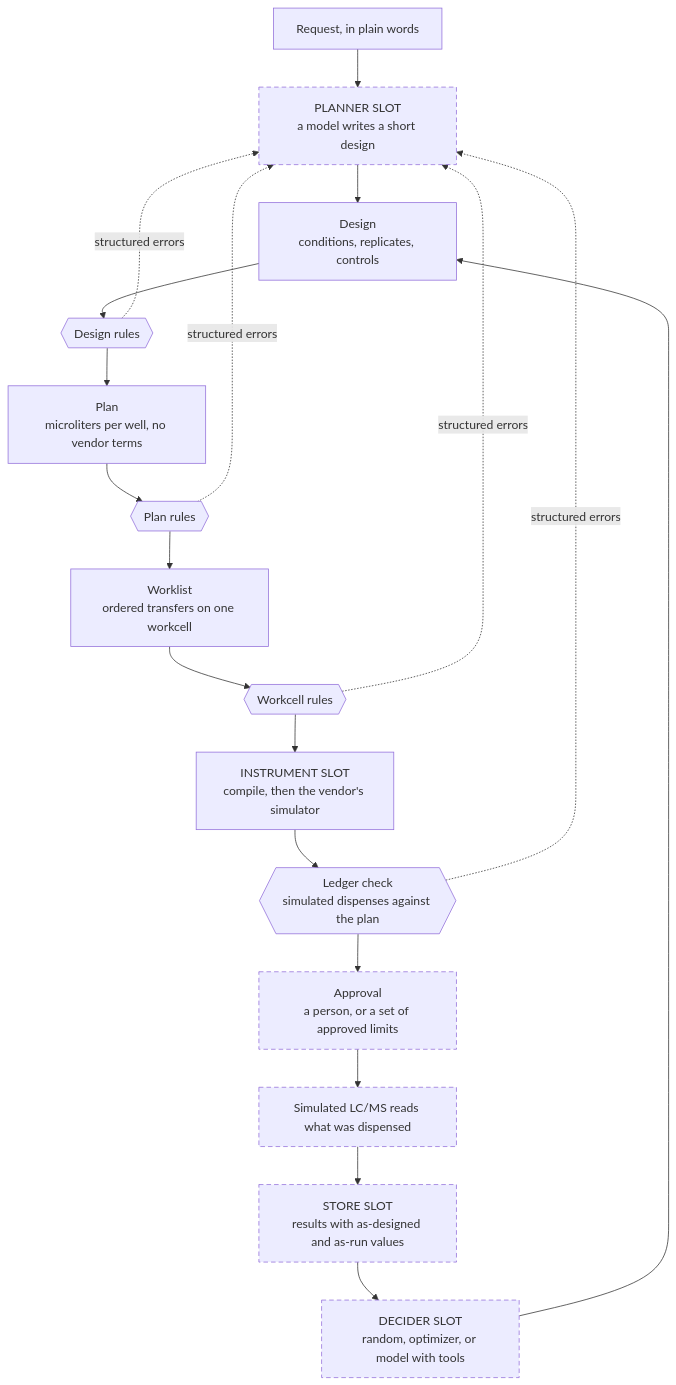
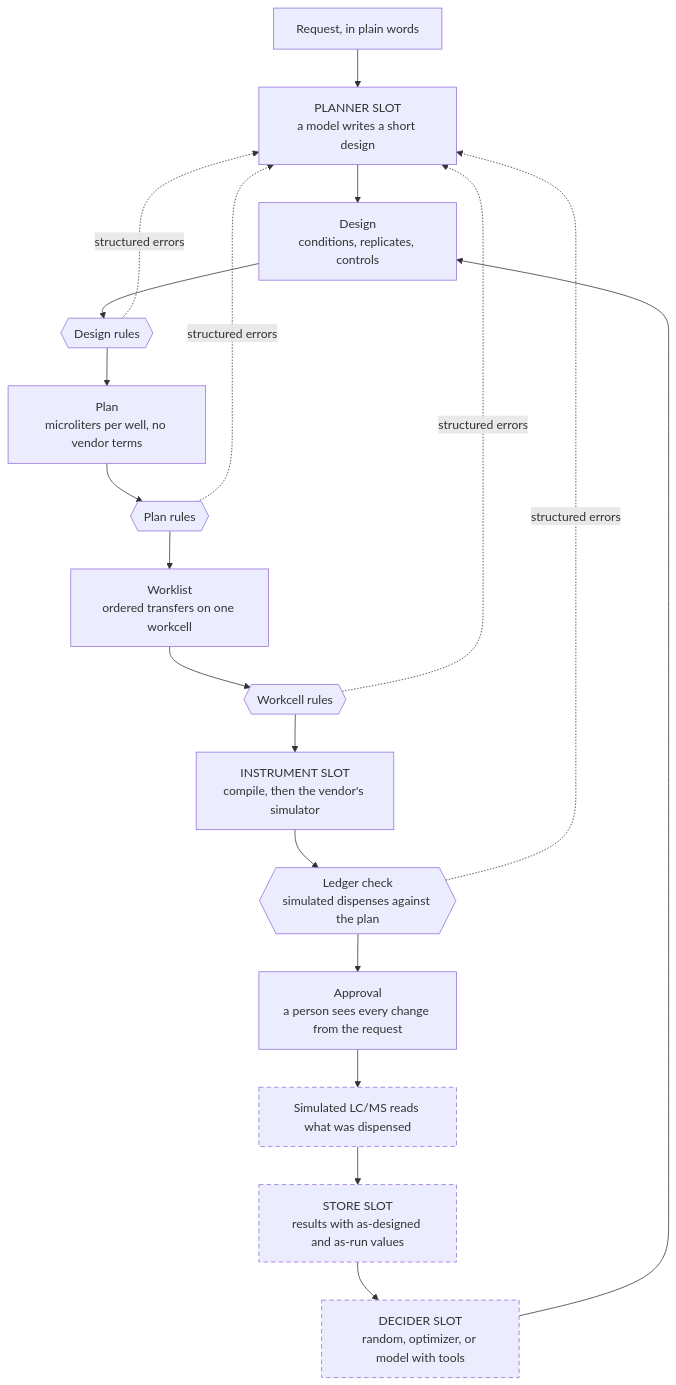
Before and after one commit to Jeff-LaFrence/lab_automation: the diagram in README.md, drawn with Mermaid. The commit also changed other lines of this file and 13 other files, not shown here.

````diff
--- a/README.md
+++ b/README.md
@@ -15,22 +15,22 @@
 ```mermaid
 flowchart TD
-    REQ["Request, in plain words"] --> PLANNER["PLANNER SLOT<br/>a model writes a short design"]:::todo
+    REQ["Request, in plain words"] --> PLANNER["PLANNER SLOT<br/>a model writes a short design"]
     PLANNER --> DES["Design<br/>conditions, replicates, controls"]
     DES --> R1{{"Design rules"}}
     R1 --> PLAN["Plan<br/>microliters per well, no vendor terms"]
     PLAN --> R2{{"Plan rules"}}
     R2 --> WL["Worklist<br/>ordered transfers on one workcell"]
     WL --> R3{{"Workcell rules"}}
     R3 --> INST["INSTRUMENT SLOT<br/>compile, then the vendor's simulator"]
     INST --> LED{{"Ledger check<br/>simulated dispenses against the plan"}}
-    LED --> APP["Approval<br/>a person, or a set of approved limits"]:::todo
+    LED --> APP["Approval<br/>a person sees every change from the request"]
     APP --> LCMS["Simulated LC/MS reads what was dispensed"]:::todo
     LCMS --> STORE["STORE SLOT<br/>results with as-designed and as-run values"]:::todo
     STORE --> DEC["DECIDER SLOT<br/>random, optimizer, or model with tools"]:::todo
     DEC --> DES
     R1 -. "structured errors" .-> PLANNER
     R2 -. "structured errors" .-> PLANNER
     R3 -. "structured errors" .-> PLANNER
     LED -. "structured errors" .-> PLANNER
     classDef todo stroke-dasharray: 6 4
 ```
````
